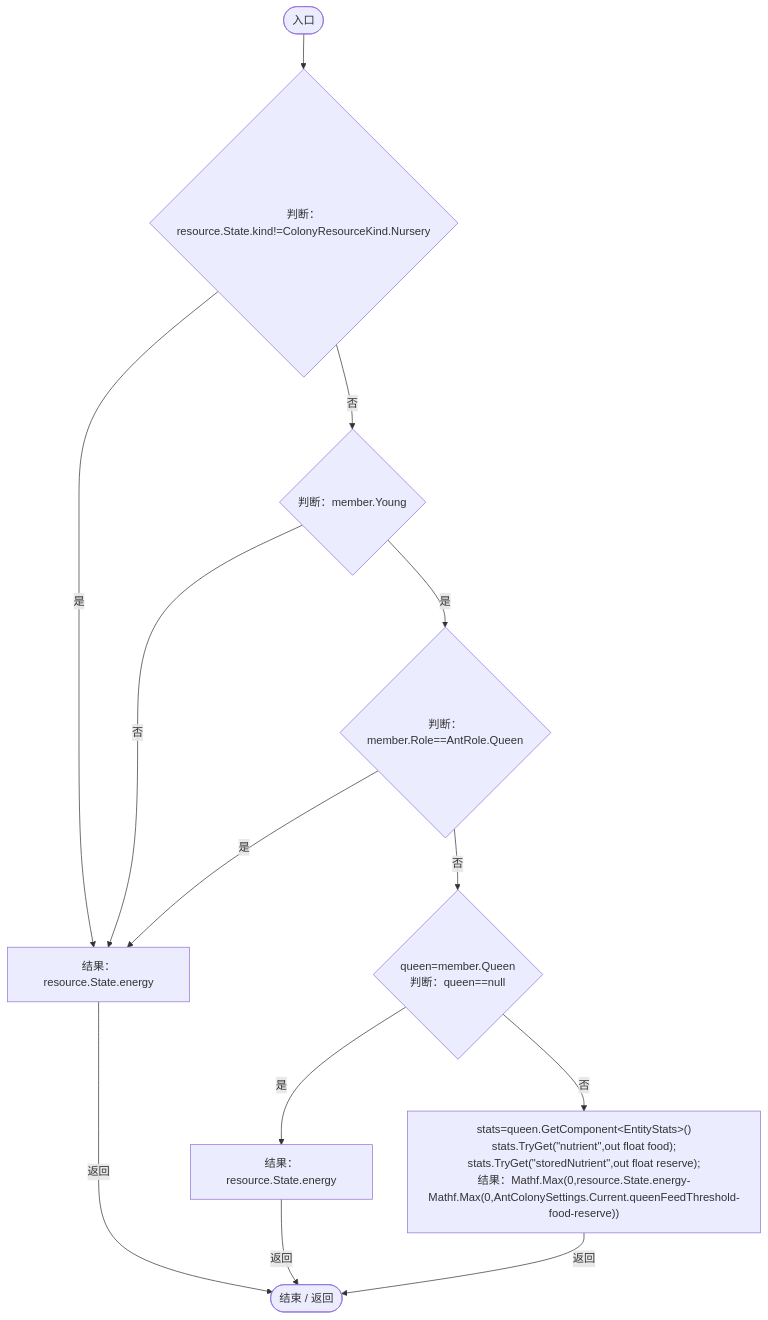
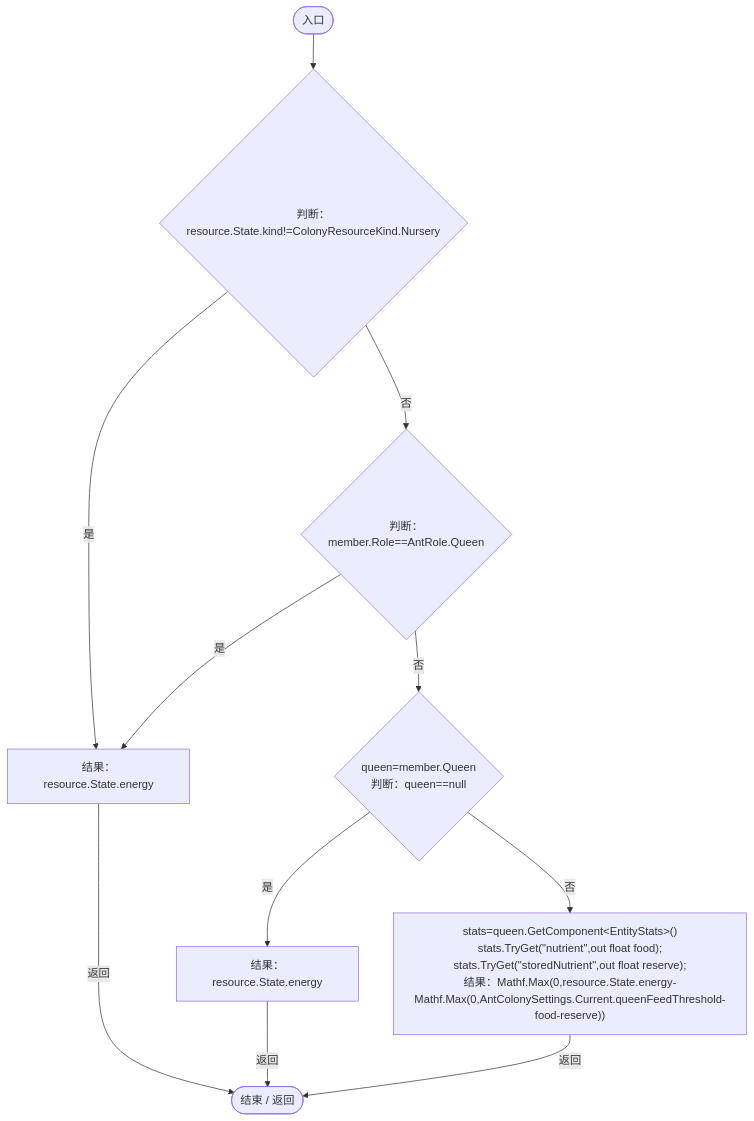
One commit to xhs6666/Darwin_paradise changed the third of 4 diagrams in Docs/运行流程图/脚本/2cb56c08d08ff8ec.md. Above: the diagram before and after it, drawn with Mermaid. The commit also changed other lines of this file and 114 other files, not shown here.

Commit message:
fix: restore colony food access and document simulation hotspots

````diff
--- a/Docs/运行流程图/脚本/2cb56c08d08ff8ec.md
+++ b/Docs/运行流程图/脚本/2cb56c08d08ff8ec.md
@@ -163,25 +131,22 @@
 ```mermaid
 flowchart TD
   b0(["入口"])
   b1{"判断：resource.State.kind!=ColonyResourceKind.Nursery"}
-  b2{"判断：member.Young"}
-  b3{"判断：member.Role==AntRole.Queen"}
-  b4["结果：resource.State.energy"]
-  b5{"queen=member.Queen<br/>判断：queen==null"}
-  b6["结果：resource.State.energy"]
-  b7["stats=queen.GetComponent&lt;EntityStats&gt;()<br/>stats.TryGet(&quot;nutrient&quot;,out float food);<br/>stats.TryGet(&quot;storedNutrient&quot;,out float reserve);<br/>结果：Mathf.Max(0,resource.State.energy-Mathf.Max(0,AntColonySettings.Current.queenFeedThreshold-food-reserve))"]
-  b8(["结束 / 返回"])
+  b2{"判断：member.Role==AntRole.Queen"}
+  b3["结果：resource.State.energy"]
+  b4{"queen=member.Queen<br/>判断：queen==null"}
+  b5["结果：resource.State.energy"]
+  b6["stats=queen.GetComponent&lt;EntityStats&gt;()<br/>stats.TryGet(&quot;nutrient&quot;,out float food);<br/>stats.TryGet(&quot;storedNutrient&quot;,out float reserve);<br/>结果：Mathf.Max(0,resource.State.energy-Mathf.Max(0,AntColonySettings.Current.queenFeedThreshold-food-reserve))"]
+  b7(["结束 / 返回"])
   b0 --> b1
   b1 -->|"否"| b2
-  b1 -->|"是"| b4
+  b1 -->|"是"| b3
   b2 -->|"是"| b3
   b2 -->|"否"| b4
-  b3 -->|"是"| b4
-  b3 -->|"否"| b5
-  b4 -->|"返回"| b8
-  b5 -->|"是"| b6
-  b5 -->|"否"| b7
-  b6 -->|"返回"| b8
-  b7 -->|"返回"| b8
+  b3 -->|"返回"| b7
+  b4 -->|"是"| b5
+  b4 -->|"否"| b6
+  b5 -->|"返回"| b7
+  b6 -->|"返回"| b7
 
 ```
````
